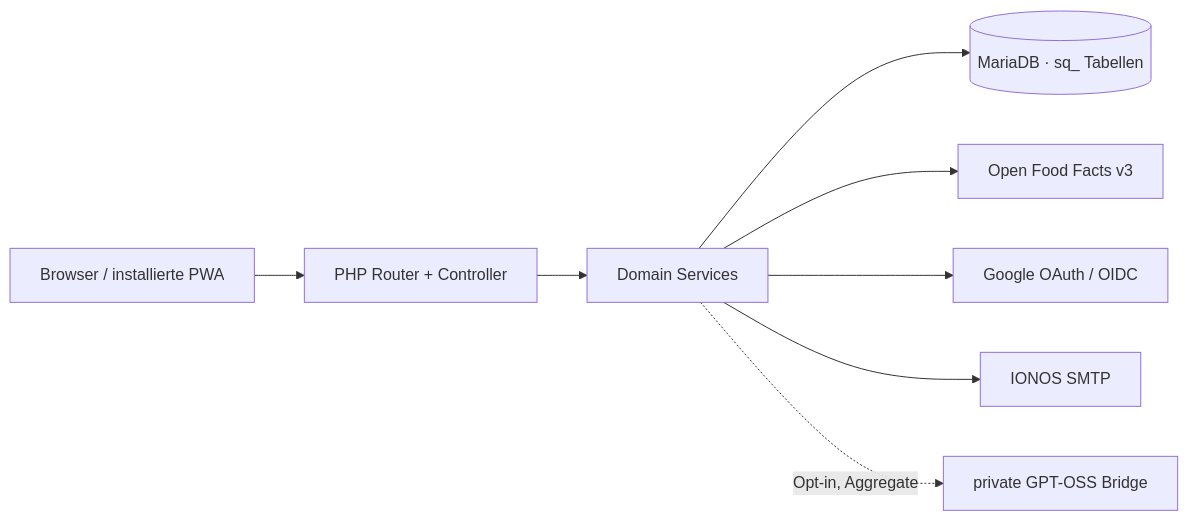
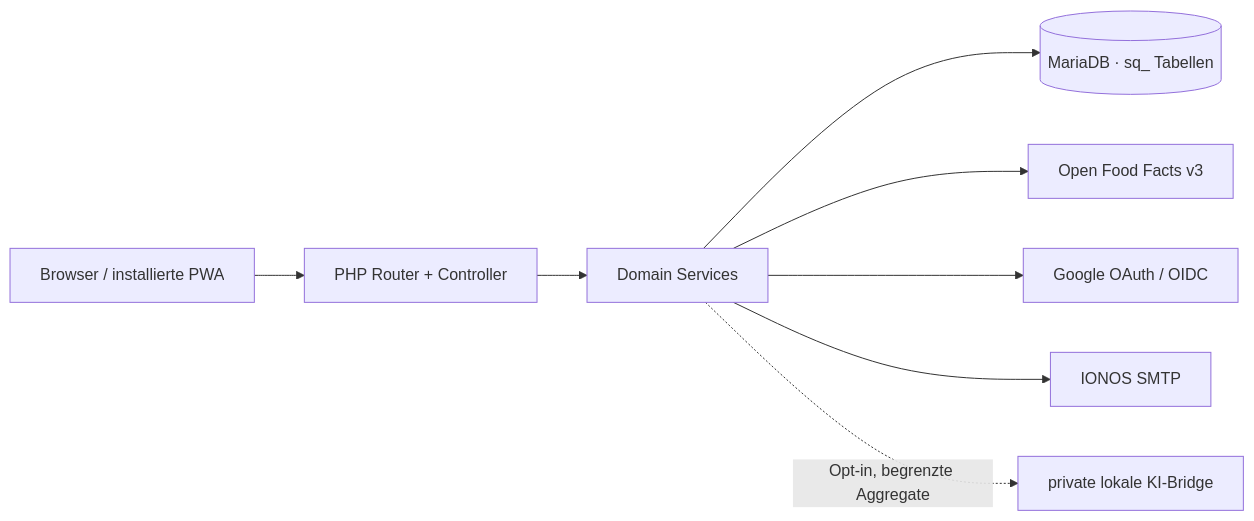
One commit to julianneumann88-star/snackquest changed the diagram in docs/ARCHITECTURE.md. Above: the diagram before and after it, drawn with Mermaid. The commit also changed other lines of this file and 10 other files, not shown here.

````diff
--- a/docs/ARCHITECTURE.md
+++ b/docs/ARCHITECTURE.md
@@ -5,10 +5,10 @@
 ```mermaid
 flowchart LR
   B["Browser / installierte PWA"] --> P["PHP Router + Controller"]
   P --> S["Domain Services"]
   S --> D[("MariaDB · sq_ Tabellen")]
   S --> O["Open Food Facts v3"]
   S --> G["Google OAuth / OIDC"]
   S --> M["IONOS SMTP"]
-  S -. "Opt-in, Aggregate" .-> A["private GPT-OSS Bridge"]
+  S -. "Opt-in, begrenzte Aggregate" .-> A["private lokale KI-Bridge"]
 ```
````
